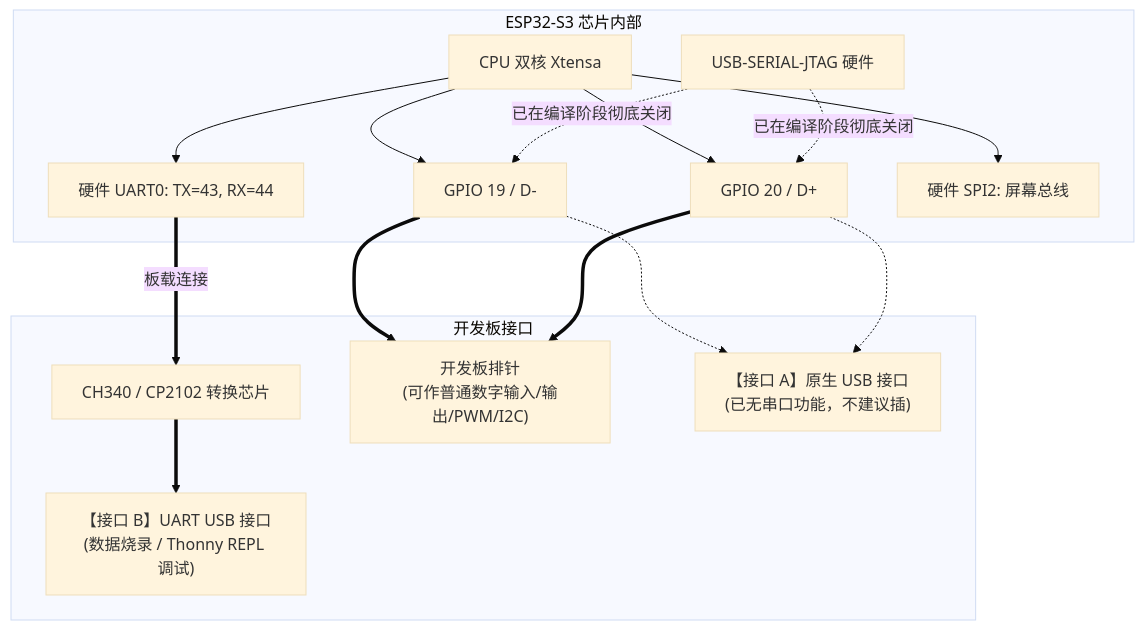
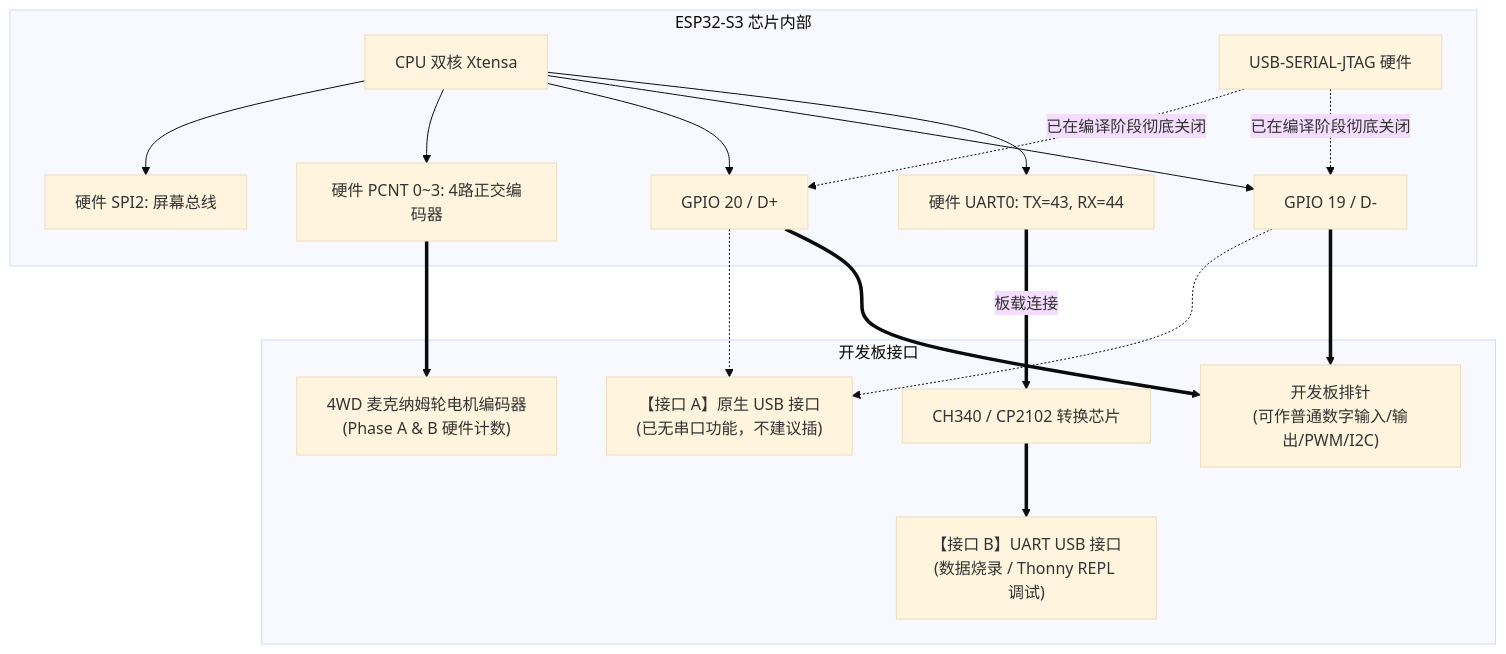
Before and after one commit to PeppaIPig/esp-lvgl-19-20io-firmware: the diagram in README.md, drawn with Mermaid (base theme). The commit also changed other lines of this file and 19 other files, not shown here.

````diff
--- a/README.md
+++ b/README.md
@@ -26,20 +29,22 @@
 ```mermaid
 graph TD
     subgraph ESP32-S3 芯片内部
         Core[CPU 双核 Xtensa] --> UART0[硬件 UART0: TX=43, RX=44]
         Core --> GPIO19[GPIO 19 / D-]
         Core --> GPIO20[GPIO 20 / D+]
+        Core --> PCNT[硬件 PCNT 0~3: 4路正交编码器]
         Core --> SPI2[硬件 SPI2: 屏幕总线]
         USB_JTAG[USB-SERIAL-JTAG 硬件] -.->|已在编译阶段彻底关闭| GPIO19
         USB_JTAG -.->|已在编译阶段彻底关闭| GPIO20
     end
 
     subgraph 开发板接口
         UART0 ==>|板载连接| Bridge[CH340 / CP2102 转换芯片]
         Bridge ==> PortB["【接口 B】UART USB 接口<br>(数据烧录 / Thonny REPL 调试)"]
         GPIO19 ==> Headers["开发板排针<br>(可作普通数字输入/输出/PWM/I2C)"]
         GPIO20 ==> Headers
+        PCNT ==> Motors["4WD 麦克纳姆轮电机编码器<br>(Phase A & B 硬件计数)"]
         GPIO19 -.-> PortA["【接口 A】原生 USB 接口<br>(已无串口功能，不建议插)"]
         GPIO20 -.-> PortA
     end
 ```
````
